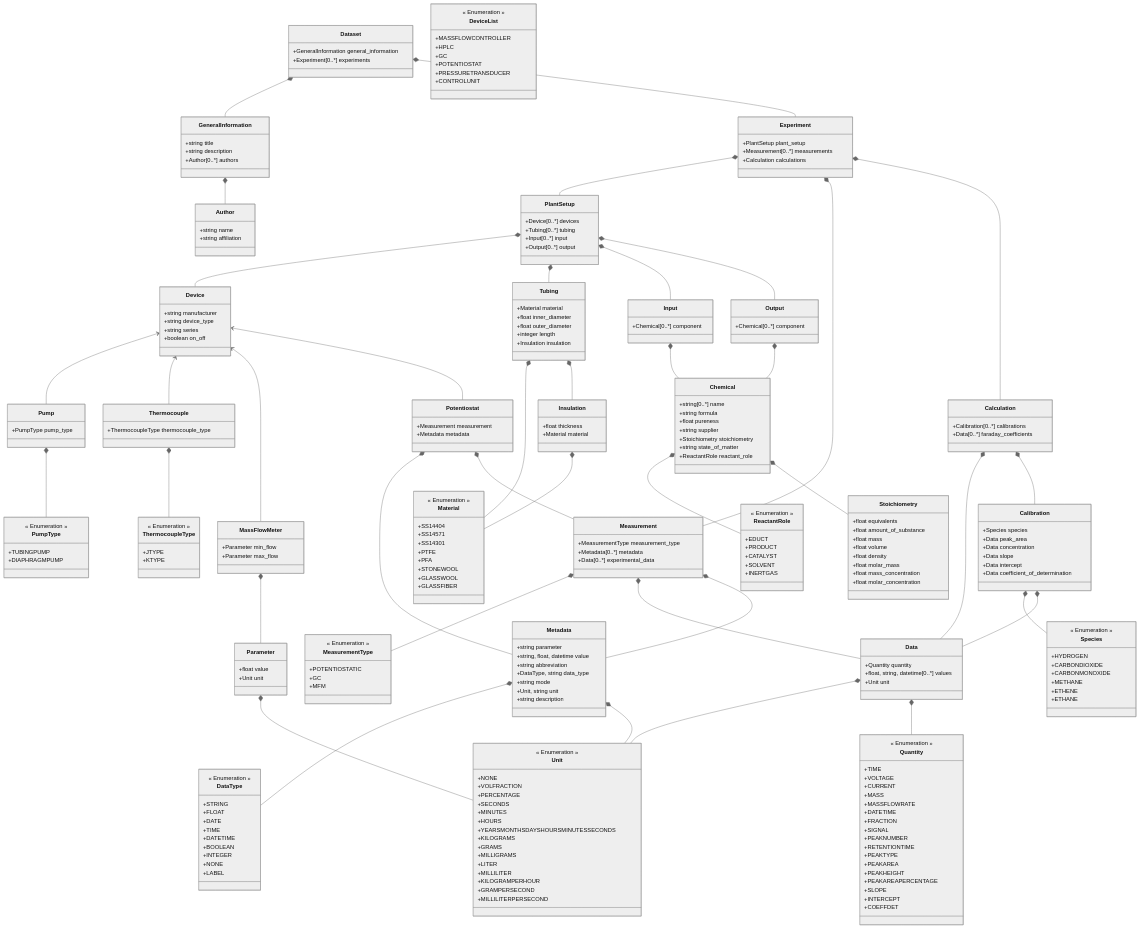
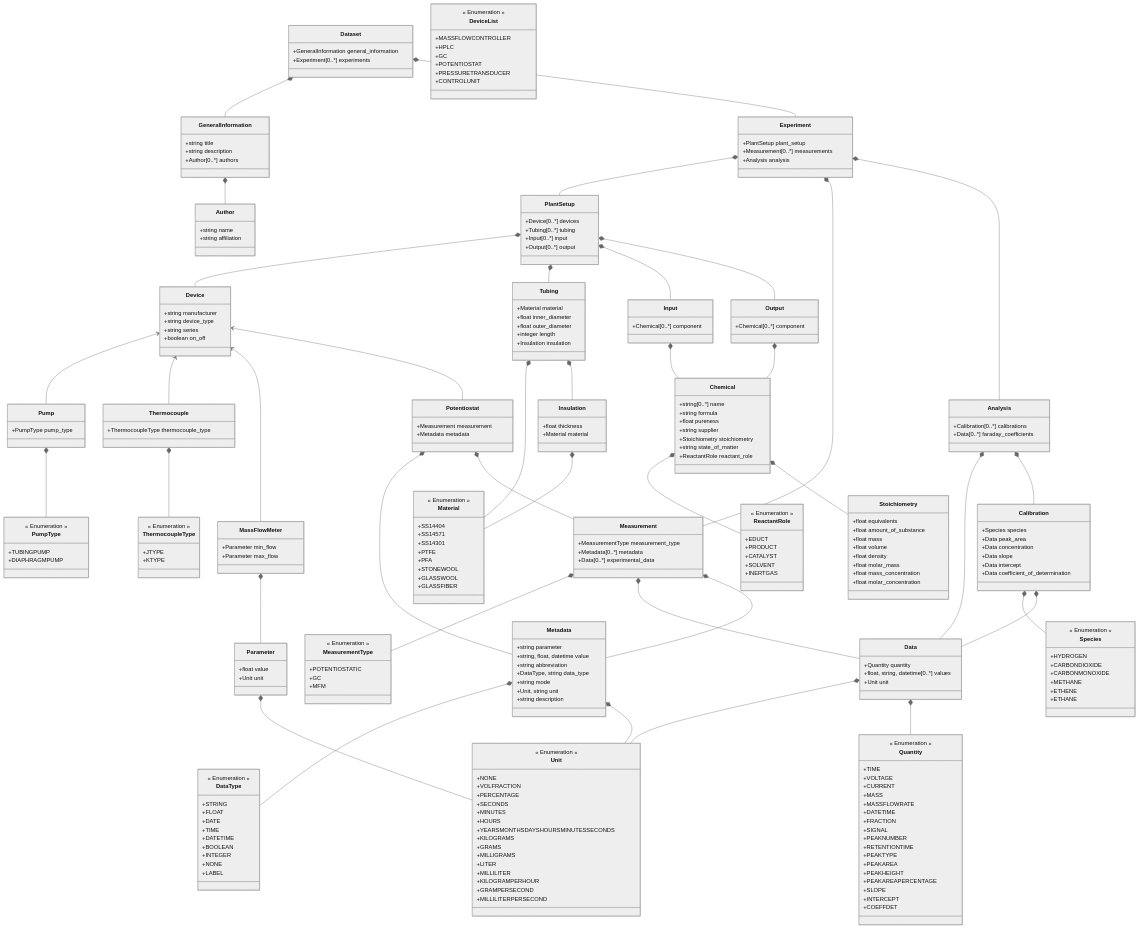
One commit to FAIRChemistry/FAIRFlow changed the diagram in datamodel_b07_tc/schemes/datamodel_b07_tc_schema.md. Above: the diagram before and after it, drawn with Mermaid (neutral theme). The commit also changed 24 other files, not shown here.

```diff
--- a/datamodel_b07_tc/schemes/datamodel_b07_tc_schema.md
+++ b/datamodel_b07_tc/schemes/datamodel_b07_tc_schema.md
@@ -9,7 +9,7 @@
     GeneralInformation *-- Author
     Experiment *-- PlantSetup
     Experiment *-- Measurement
-    Experiment *-- Calculation
+    Experiment *-- Analysis
     PlantSetup *-- Device
     PlantSetup *-- Tubing
     PlantSetup *-- Input
@@ -34,8 +34,8 @@
     Measurement *-- MeasurementType
     Measurement *-- Data
     Measurement *-- Metadata
-    Calculation *-- Data
-    Calculation *-- Calibration
+    Analysis *-- Data
+    Analysis *-- Calibration
     Calibration *-- Species
     Calibration *-- Data
     
@@ -58,7 +58,7 @@
     class Experiment {
         +PlantSetup plant_setup
         +Measurement[0..*] measurements
-        +Calculation calculations
+        +Analysis analysis
     }
     
     class PlantSetup {
@@ -162,7 +162,7 @@
         +Data[0..*] experimental_data
     }
     
-    class Calculation {
+    class Analysis {
         +Calibration[0..*] calibrations
         +Data[0..*] faraday_coefficients
     }
```
